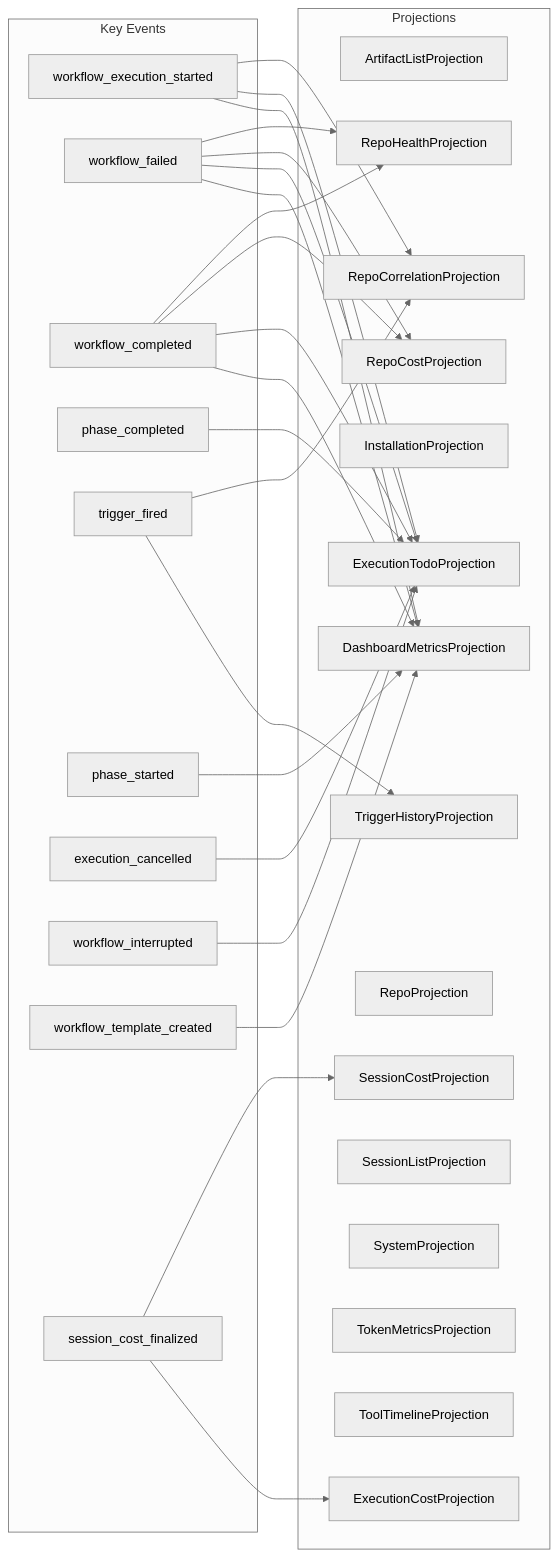
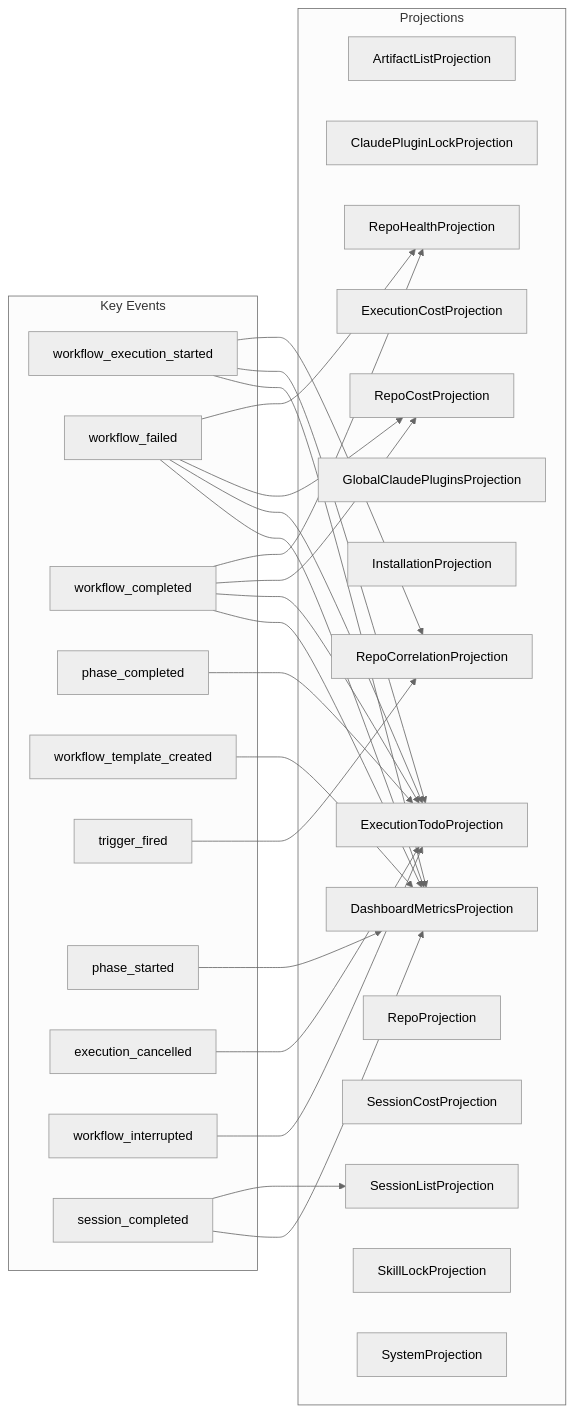
The diagram in docs/architecture/projection-subscriptions.md (syntropic137/syntropic137), drawn with Mermaid (neutral theme) before and after one commit. The commit also changed other lines of this file and 1 other file, not shown here.

Commit message:
docs(architecture): regenerate; the committed docs were 5 events and 3 projections stale
`just docs-sync` fails on main and on this branch. The generated architecture
docs claimed 56 events -> 22 projections; the actual topology is 61 -> 25. Three
projections were undocumented entirely.

This is the pre-PR checklist's own command failing, which means anyone following
AGENTS.md hits it and has to decide whether it is their fault. It is not - the
drift predates this branch.

Verified the generator is deterministic before committing, because a generator
that reorders equal-count rows between runs would make this file churn forever
and the commit would be worthless. Two consecutive runs in separate processes
produced byte-identical output.

NOT gated in CI, and deliberately not gated here. `_check-codegen-sync.yml`
covers only the CLI types, the docs site, and the OpenAPI spec. Gating docs-sync
additionally needs `.topology/syn-manifest.json`, which is gitignored and must be
produced by the `vsa` CLI first, so it is a workflow change with an external tool
dependency rather than one more line beside check-env-example. Worth doing, wants
its own change.

````diff
--- a/docs/architecture/projection-subscriptions.md
+++ b/docs/architecture/projection-subscriptions.md
@@ -15,54 +15,53 @@
 ```mermaid
 graph LR
     subgraph events["Key Events"]
         e1[workflow_execution_started]
         e2[workflow_failed]
         e3[workflow_completed]
         e4[phase_completed]
-        e5[trigger_fired]
-        e6[phase_started]
-        e7[execution_cancelled]
-        e8[workflow_interrupted]
-        e9[workflow_template_created]
-        e10[session_cost_finalized]
+        e5[workflow_template_created]
+        e6[trigger_fired]
+        e7[phase_started]
+        e8[execution_cancelled]
+        e9[workflow_interrupted]
+        e10[session_completed]
     end
 
     subgraph projections["Projections"]
         p1[ArtifactListProjection]
-        p2[DashboardMetricsProjection]
-        p3[ExecutionCostProjection]
-        p4[ExecutionTodoProjection]
-        p5[InstallationProjection]
-        p6[RepoCorrelationProjection]
-        p7[RepoCostProjection]
-        p8[RepoHealthProjection]
-        p9[RepoProjection]
-        p10[SessionCostProjection]
-        p11[SessionListProjection]
-        p12[SystemProjection]
-        p13[TokenMetricsProjection]
-        p14[ToolTimelineProjection]
-        p15[TriggerHistoryProjection]
+        p2[ClaudePluginLockProjection]
+        p3[DashboardMetricsProjection]
+        p4[ExecutionCostProjection]
+        p5[ExecutionTodoProjection]
+        p6[GlobalClaudePluginsProjection]
+        p7[InstallationProjection]
+        p8[RepoCorrelationProjection]
+        p9[RepoCostProjection]
+        p10[RepoHealthProjection]
+        p11[RepoProjection]
+        p12[SessionCostProjection]
+        p13[SessionListProjection]
+        p14[SkillLockProjection]
+        p15[SystemProjection]
     end
 
-    e5 --> p6
-    e5 --> p15
-    e6 --> p2
-    e7 --> p4
-    e10 --> p10
+    e1 --> p8
+    e1 --> p5
+    e1 --> p3
+    e10 --> p13
     e10 --> p3
-    e2 --> p8
-    e2 --> p7
-    e2 --> p4
-    e2 --> p2
-    e3 --> p8
-    e3 --> p7
-    e3 --> p4
-    e3 --> p2
-    e1 --> p6
-    e1 --> p4
-    e1 --> p2
-    e4 --> p4
-    e8 --> p4
-    e9 --> p2
+    e5 --> p3
+    e2 --> p10
+    e2 --> p9
+    e2 --> p5
+    e2 --> p3
+    e6 --> p8
+    e4 --> p5
+    e7 --> p3
+    e3 --> p10
+    e3 --> p9
+    e3 --> p5
+    e3 --> p3
+    e8 --> p5
+    e9 --> p5
 ```
````
